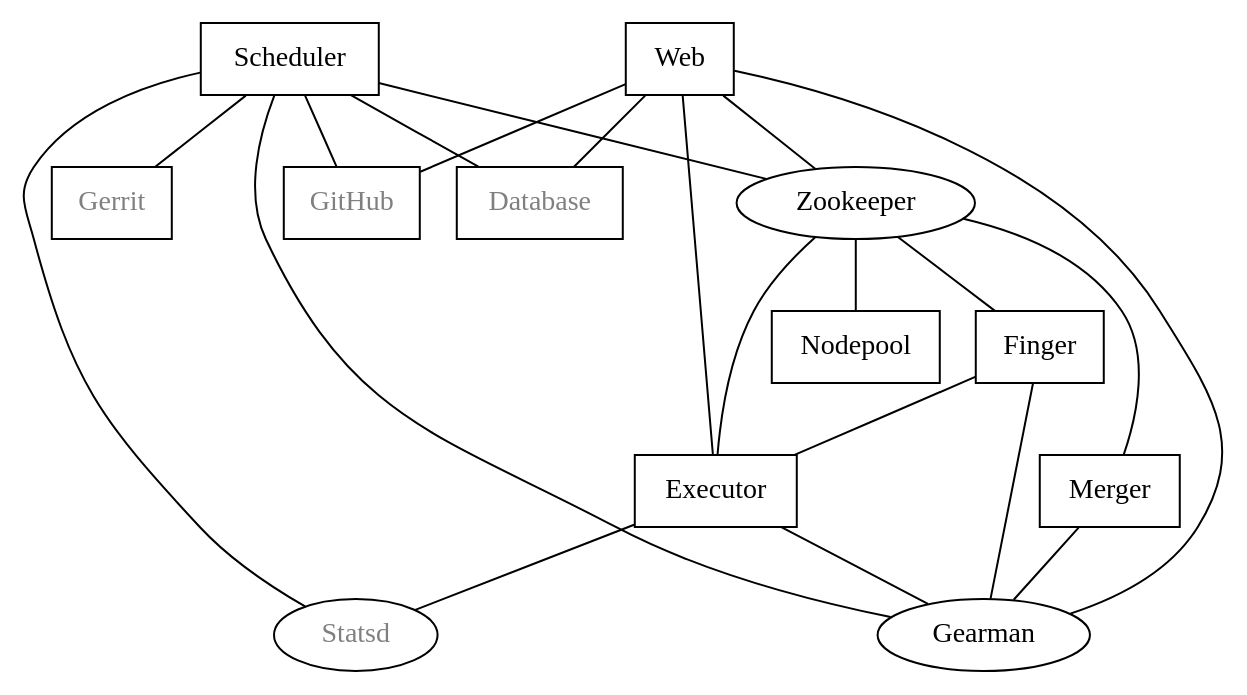
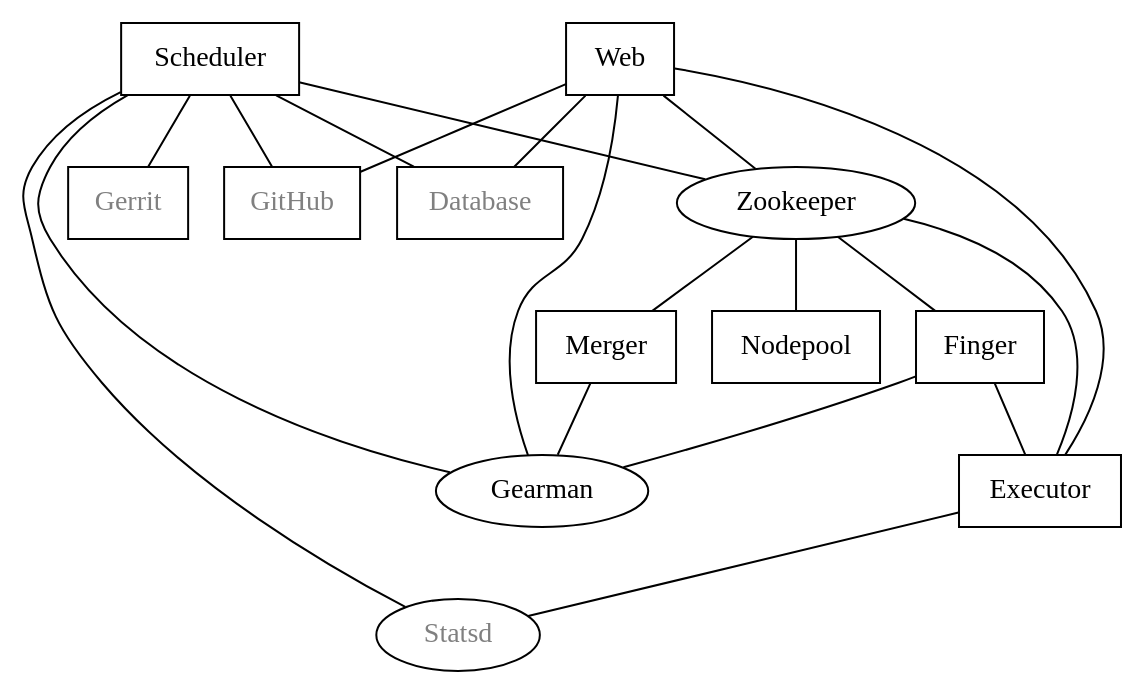
One commit to blurrycontour/zuul-gerrit changed the diagram in doc/source/discussion/components.rst. Above: the diagram before and after it, drawn with Graphviz. The commit also changed 14 other files, not shown here.

```diff
--- a/doc/source/discussion/components.rst
+++ b/doc/source/discussion/components.rst
@@ -19,40 +19,39 @@
 .. graphviz::
    :align: center
 
    graph  {
       node [shape=box]
       Database [fontcolor=grey]
       Executor [href="#executor"]
       Finger [href="#finger-gateway"]
       Gearman [shape=ellipse]
       Gerrit [fontcolor=grey]
       Merger [href="#merger"]
       Statsd [shape=ellipse fontcolor=grey]
       Scheduler [href="#scheduler"]
       Zookeeper [shape=ellipse]
       Nodepool
       GitHub [fontcolor=grey]
       Web [href="#web-server"]
 
       Merger -- Gearman
-      Executor -- Gearman
       Executor -- Statsd
       Web -- Database
       Web -- Gearman
       Web -- GitHub
       Web -- Zookeeper
       Web -- Executor
       Finger -- Gearman
       Finger -- Executor
 
       Gearman -- Scheduler;
       Scheduler -- Database;
       Scheduler -- Gerrit;
       Scheduler -- Zookeeper;
       Zookeeper -- Executor;
       Zookeeper -- Finger;
       Zookeeper -- Merger
       Zookeeper -- Nodepool;
       Scheduler -- GitHub;
       Scheduler -- Statsd;
    }
```
